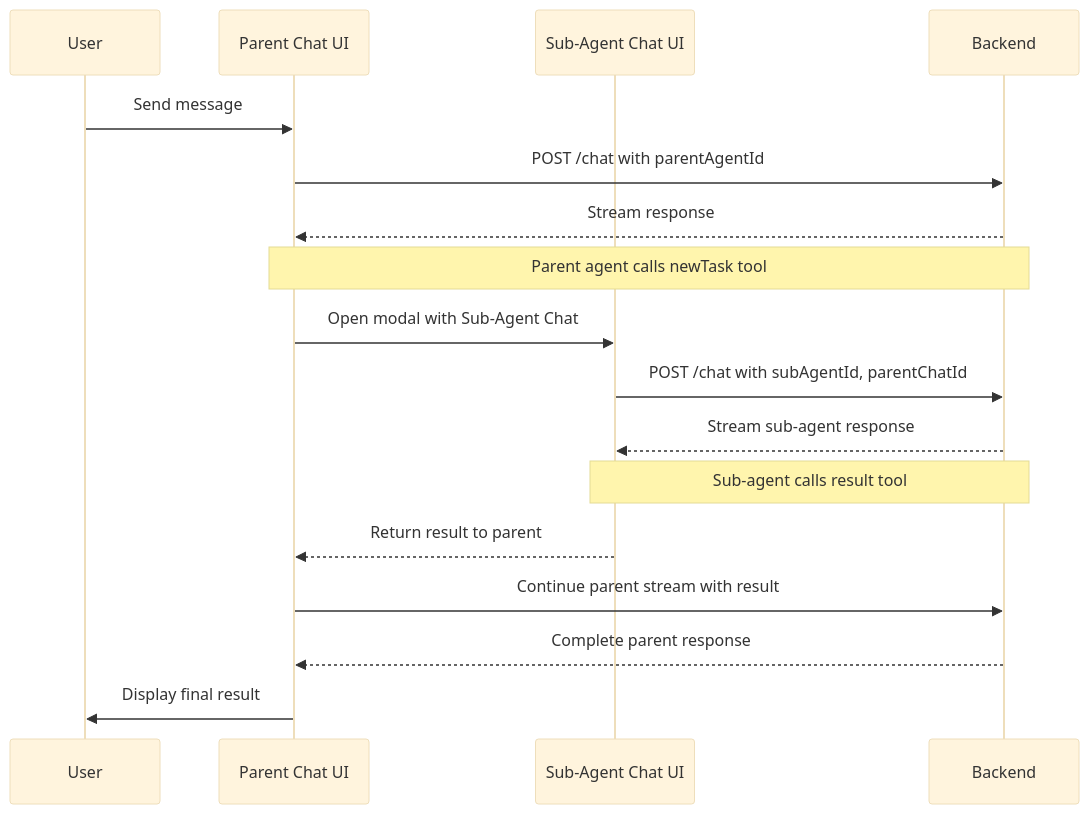
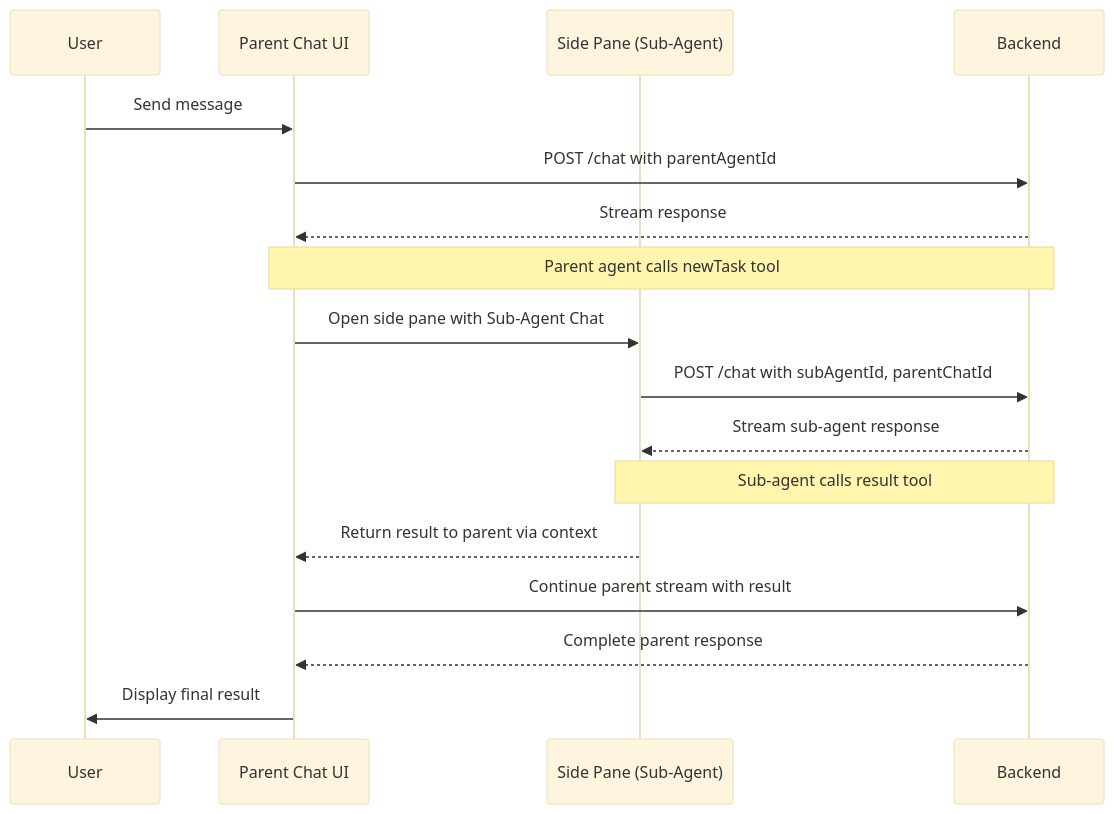
The first of 2 diagrams in plans/sub-agents-feature.md (willdady/platypus), drawn with Mermaid (base theme) before and after one commit. The commit also changed other lines of this file and 20 other files, not shown here.

Commit message:
chore: updated sub-agent plan

````diff
--- a/plans/sub-agents-feature.md
+++ b/plans/sub-agents-feature.md
@@ -28,20 +28,20 @@
 ```mermaid
 sequenceDiagram
     participant U as User
     participant PC as Parent Chat UI
-    participant SC as Sub-Agent Chat UI
+    participant SP as Side Pane (Sub-Agent)
     participant BE as Backend
 
     U->>PC: Send message
     PC->>BE: POST /chat with parentAgentId
     BE-->>PC: Stream response
     Note over BE,PC: Parent agent calls newTask tool
-    PC->>SC: Open modal with Sub-Agent Chat
-    SC->>BE: POST /chat with subAgentId, parentChatId
-    BE-->>SC: Stream sub-agent response
-    Note over BE,SC: Sub-agent calls result tool
-    SC-->>PC: Return result to parent
+    PC->>SP: Open side pane with Sub-Agent Chat
+    SP->>BE: POST /chat with subAgentId, parentChatId
+    BE-->>SP: Stream sub-agent response
+    Note over BE,SP: Sub-agent calls result tool
+    SP-->>PC: Return result to parent via context
     PC->>BE: Continue parent stream with result
     BE-->>PC: Complete parent response
     PC->>U: Display final result
 ```
````
